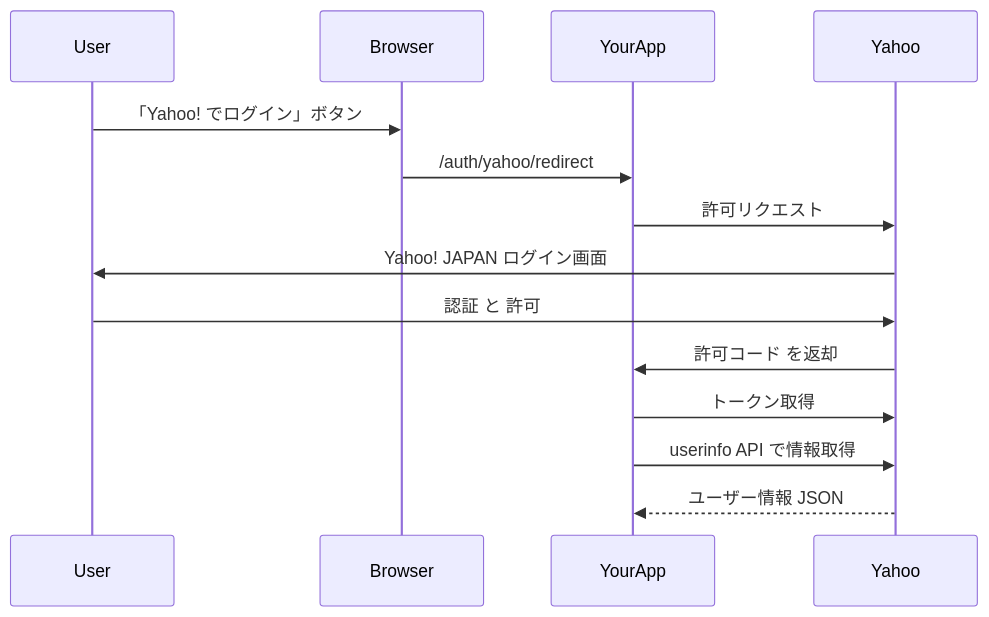
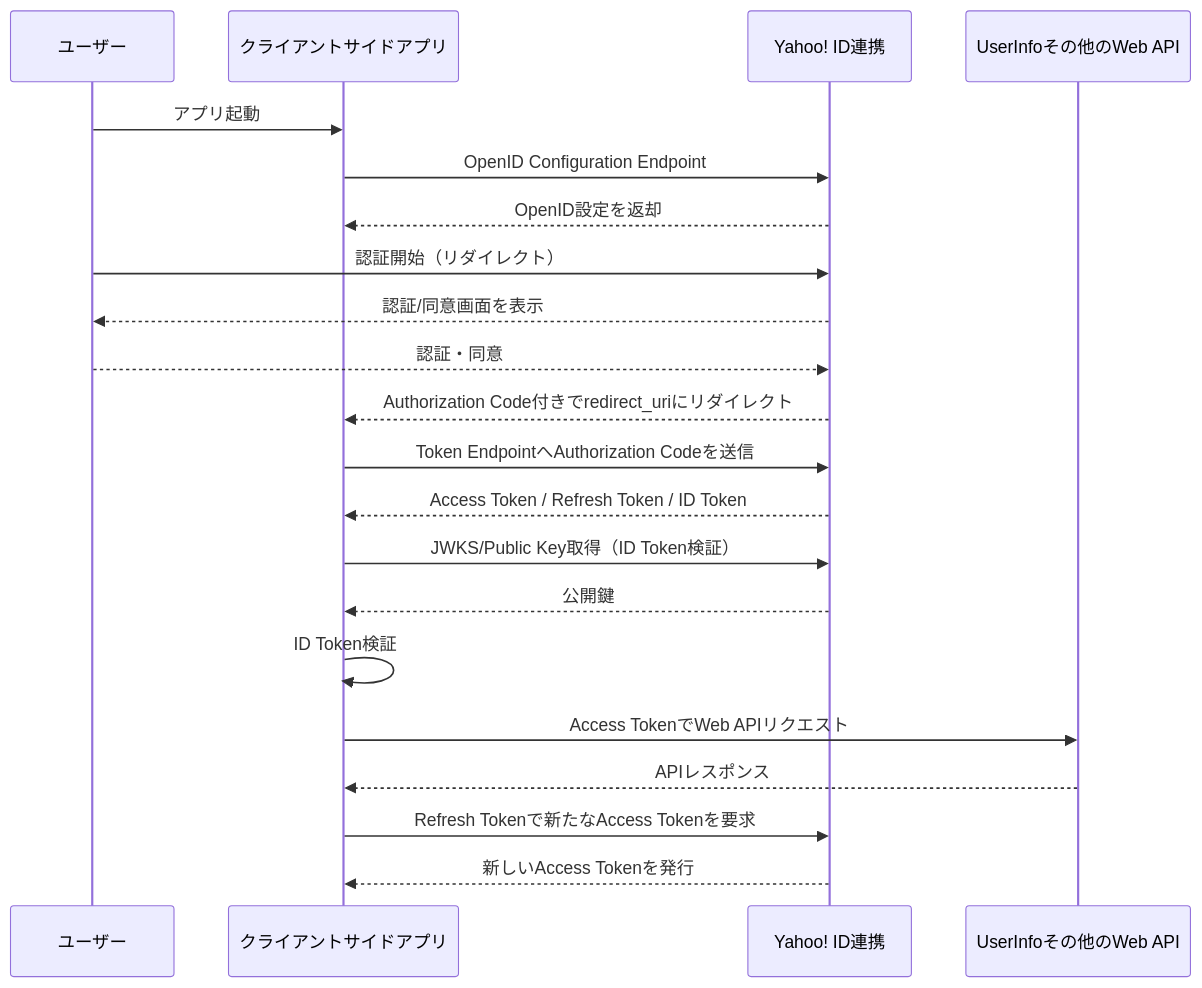
The first of 2 diagrams in docs/authentication/oauth/yahoo.md (tamai-hideyuki/tamai-hideyuki), drawn with Mermaid before and after one commit. The commit also changed other lines of this file, not shown here.

````diff
--- a/docs/authentication/oauth/yahoo.md
+++ b/docs/authentication/oauth/yahoo.md
@@ -54,17 +56,30 @@
 ```mermaid
 sequenceDiagram
-    participant User
-    participant Browser
-    participant YourApp
-    participant Yahoo
+    participant User as ユーザー
+    participant ClientApp as クライアントサイドアプリ
+    participant Yahoo as Yahoo! ID連携
+    participant API as UserInfoその他のWeb API
 
-    User->>Browser: 「Yahoo! でログイン」ボタン
-    Browser->>YourApp: /auth/yahoo/redirect
-    YourApp->>Yahoo: 許可リクエスト
-    Yahoo->>User: Yahoo! JAPAN ログイン画面
-    User->>Yahoo: 認証 と 許可
-    Yahoo->>YourApp: 許可コード を返却
-    YourApp->>Yahoo: トークン取得
-    YourApp->>Yahoo: userinfo API で情報取得
-    Yahoo-->>YourApp: ユーザー情報 JSON
+    User->>ClientApp: アプリ起動
+    ClientApp->>Yahoo: OpenID Configuration Endpoint
+    Yahoo-->>ClientApp: OpenID設定を返却
+
+    User->>Yahoo: 認証開始（リダイレクト）
+    Yahoo-->>User: 認証/同意画面を表示
+    User-->>Yahoo: 認証・同意
+    Yahoo-->>ClientApp: Authorization Code付きでredirect_uriにリダイレクト
+
+    ClientApp->>Yahoo: Token EndpointへAuthorization Codeを送信
+    Yahoo-->>ClientApp: Access Token / Refresh Token / ID Token
+
+    ClientApp->>Yahoo: JWKS/Public Key取得（ID Token検証）
+    Yahoo-->>ClientApp: 公開鍵
+    ClientApp->>ClientApp: ID Token検証
+
+    ClientApp->>API: Access TokenでWeb APIリクエスト
+    API-->>ClientApp: APIレスポンス
+
+    ClientApp->>Yahoo: Refresh Tokenで新たなAccess Tokenを要求
+    Yahoo-->>ClientApp: 新しいAccess Tokenを発行
+
 ```
````
